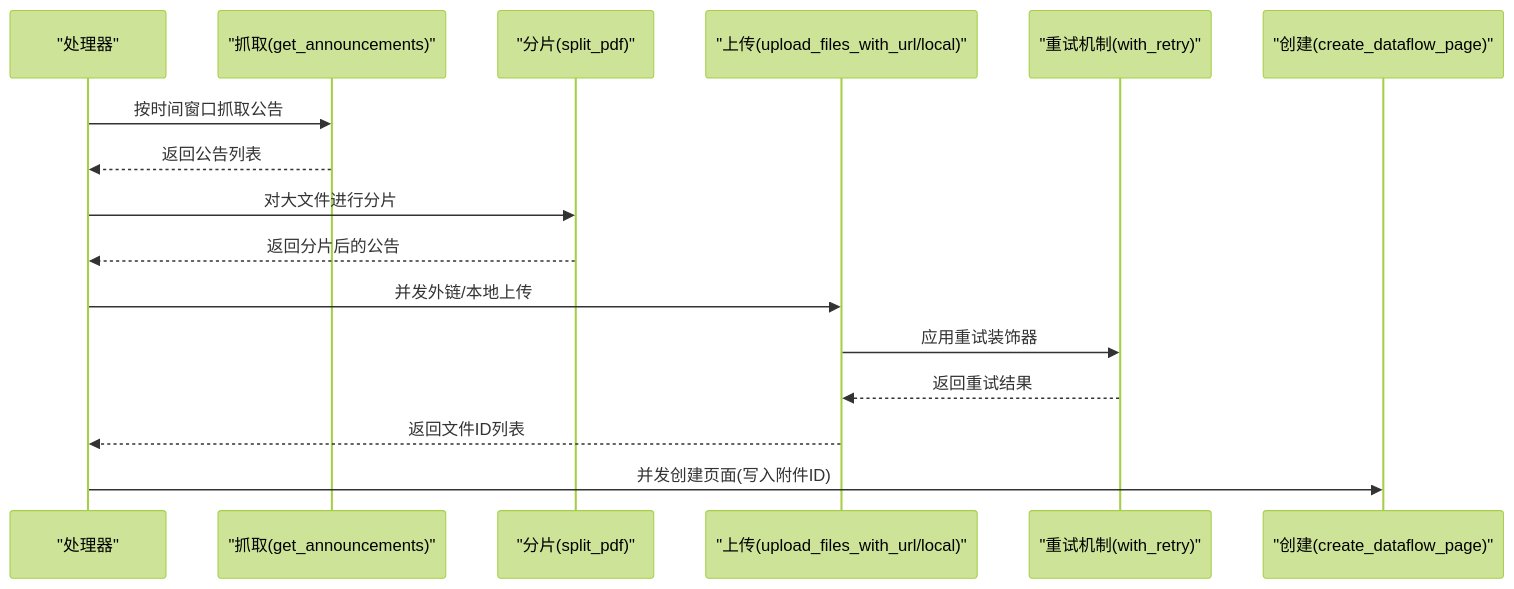
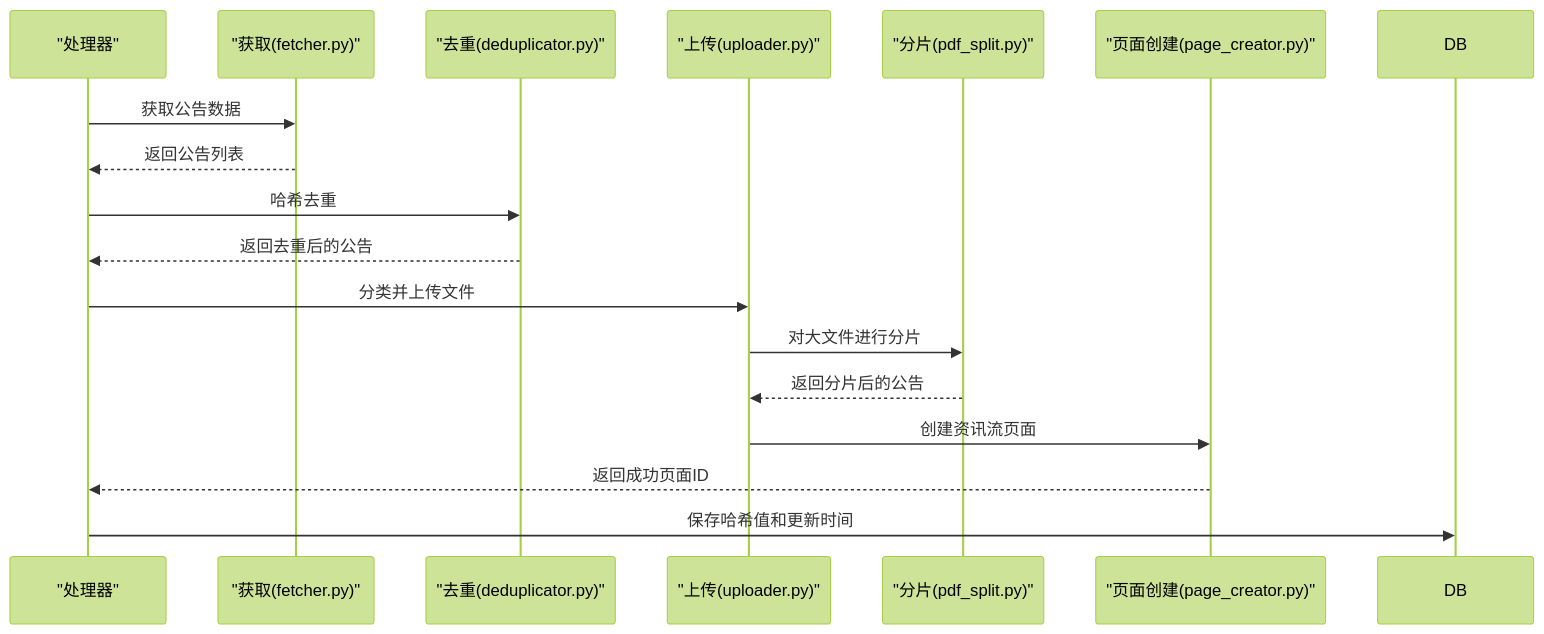
One commit to iverwong/DataLife changed the fourth of 5 diagrams in .qoder/repowiki/zh/content/核心模块详解/Notion集成模块/Notion集成模块.md. Above: the diagram before and after it, drawn with Mermaid (forest theme). The commit also changed other lines of this file and 14 other files, not shown here.

````diff
--- a/.qoder/repowiki/zh/content/核心模块详解/Notion集成模块/Notion集成模块.md
+++ b/.qoder/repowiki/zh/content/核心模块详解/Notion集成模块/Notion集成模块.md
@@ -273,18 +307,19 @@
 ```mermaid
 sequenceDiagram
 participant H as "处理器"
-participant G as "抓取(get_announcements)"
-participant S as "分片(split_pdf)"
-participant U as "上传(upload_files_with_url/local)"
-participant R as "重试机制(with_retry)"
-participant F as "创建(create_dataflow_page)"
-H->>G : 按时间窗口抓取公告
-G-->>H : 返回公告列表
-H->>S : 对大文件进行分片
-S-->>H : 返回分片后的公告
-H->>U : 并发外链/本地上传
-U->>R : 应用重试装饰器
-R-->>U : 返回重试结果
-U-->>H : 返回文件ID列表
-H->>F : 并发创建页面(写入附件ID)
+participant F as "获取(fetcher.py)"
+participant D as "去重(deduplicator.py)"
+participant U as "上传(uploader.py)"
+participant S as "分片(pdf_split.py)"
+participant P as "页面创建(page_creator.py)"
+H->>F : 获取公告数据
+F-->>H : 返回公告列表
+H->>D : 哈希去重
+D-->>H : 返回去重后的公告
+H->>U : 分类并上传文件
+U->>S : 对大文件进行分片
+S-->>U : 返回分片后的公告
+U->>P : 创建资讯流页面
+P-->>H : 返回成功页面ID
+H->>DB : 保存哈希值和更新时间
 ```
````
